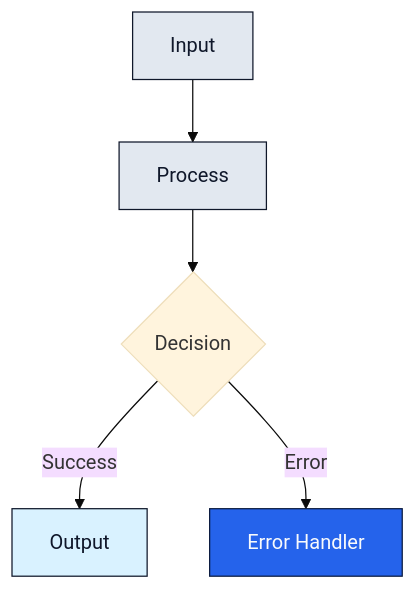
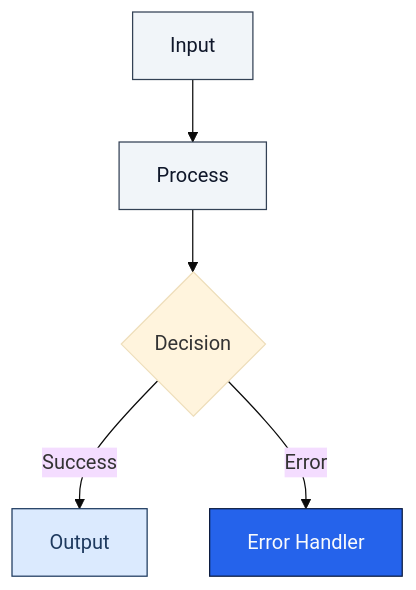
Before and after one commit to lightspeedwp/.github: the first of 10 diagrams in instructions/mermaid.instructions.md, drawn with Mermaid (base theme). The commit also changed other lines of this file and 181 other files, not shown here.

Commit message:
docs: maintenance updates (Mermaid + staleness)

````diff
--- a/instructions/mermaid.instructions.md
+++ b/instructions/mermaid.instructions.md
@@ -138,18 +138,18 @@
 ```mermaid
 flowchart TD
   accTitle: Example class definitions
   accDescr: Flowchart diagram showing example class definitions
     A[Input] --> B[Process]
     B --> C{Decision}
     C -->|Success| D[Output]
     C -->|Error| E[Error Handler]
 
-    classDef primary fill:#d9f2ff,stroke:#0f172a,color:#0f172a
-    classDef secondary fill:#e2e8f0,stroke:#0f172a,color:#0f172a
+    classDef primary fill:#dbeafe,stroke:#1e3a5f,color:#1e3a5f
+    classDef secondary fill:#f1f5f9,stroke:#334155,color:#0f172a
     classDef accent fill:#2563eb,stroke:#0b1b3f,color:#f8fafc
 
     class A,B secondary
     class C decision
     class D primary
     class E accent
 ```
````
